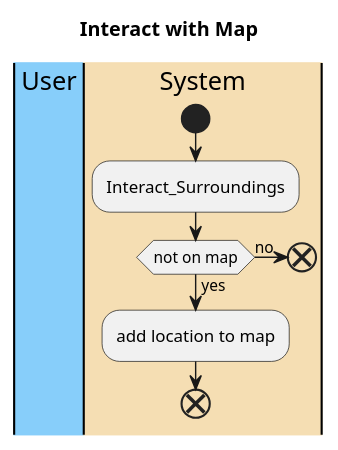
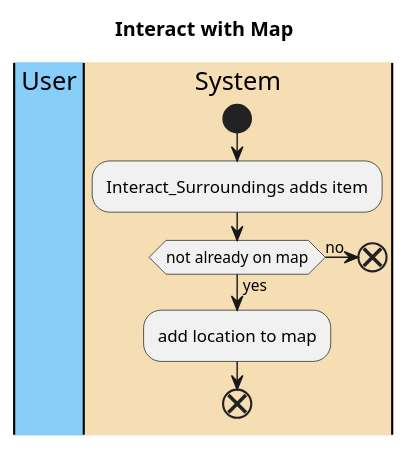
The first of 2 diagrams in CMPU_203_PirateGame/doc/use-cases/Interact_with_Map.md (emutchek/MaraudersAtSea), drawn with PlantUML before and after one commit. The commit also changed other lines of this file, not shown here.

Commit message:
Added changes to interact with map use case

````diff
--- a/CMPU_203_PirateGame/doc/use-cases/Interact_with_Map.md
+++ b/CMPU_203_PirateGame/doc/use-cases/Interact_with_Map.md
@@ -34,17 +34,17 @@
 ```PlantUML
 @startuml 
 title Interact with Map
 |#LightSkyBlue|User|
 |#Wheat|System|
 
 |System|
 start
-:Interact_Surroundings;
-if(not on map) then (yes)
+:Interact_Surroundings adds item;
+if(not already on map) then (yes)
 :add location to map;
 end
 else(no)
 end
 
 @enduml
 ```
````
